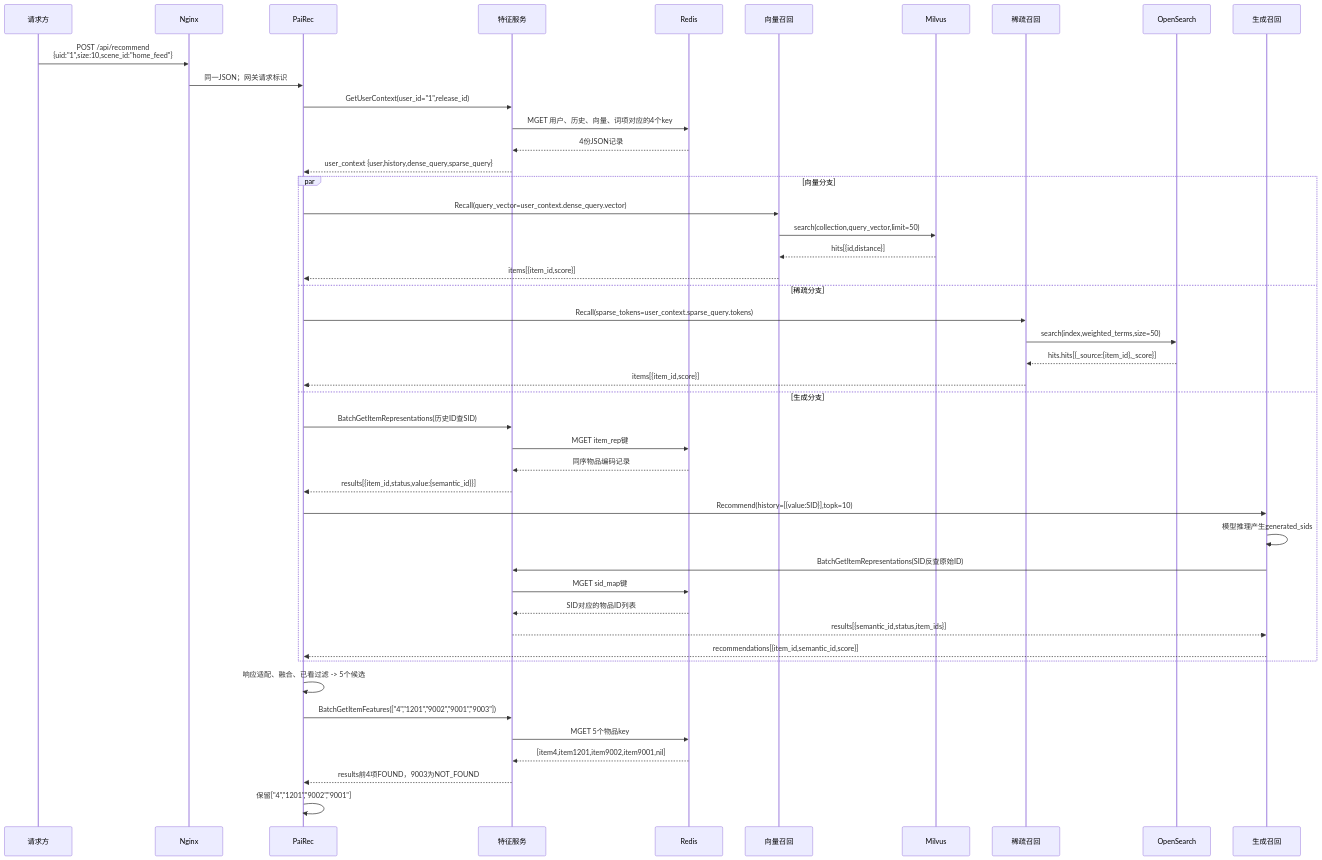
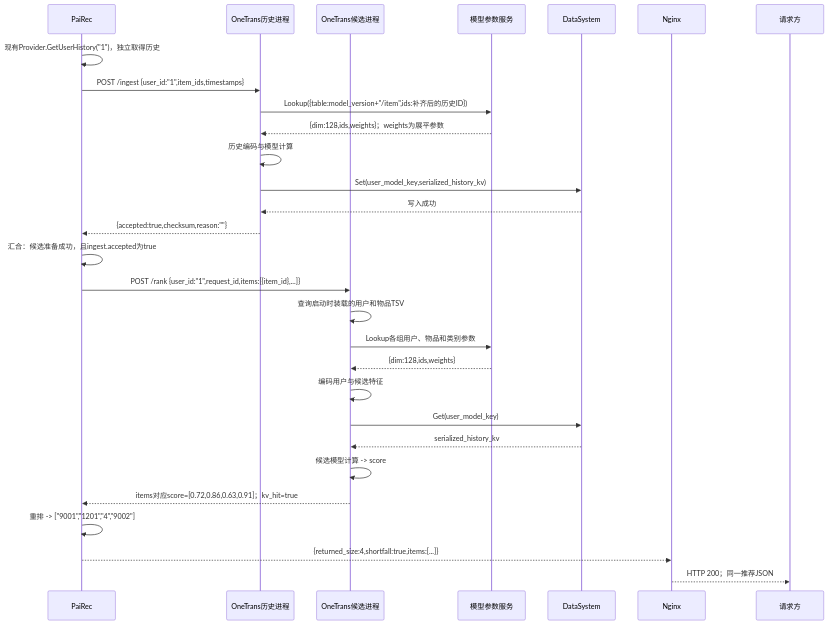
Before and after one commit to bitianyuan123/docs: the diagram in diagrams/01_system_08.mmd, drawn with Mermaid. The commit also changed 85 other files, not shown here.

```diff
--- a/diagrams/01_system_08.mmd
+++ b/diagrams/01_system_08.mmd
@@ -1,46 +1,29 @@
 sequenceDiagram
+    participant P as PaiRec
+    participant H as OneTrans历史进程
+    participant D as OneTrans候选进程
+    participant PS as 模型参数服务
+    participant K as DataSystem
+    participant N as Nginx
     participant U as 请求方
-    participant N as Nginx
-    participant P as PaiRec
-    participant F as 特征服务
-    participant R as Redis
-    participant V as 向量召回
-    participant M as Milvus
-    participant S as 稀疏召回
-    participant O as OpenSearch
-    participant G as 生成召回
-    U->>N: POST /api/recommend<br/>{uid:"1",size:10,scene_id:"home_feed"}
-    N->>P: 同一JSON；网关请求标识
-    P->>F: GetUserContext(user_id="1",release_id)
-    F->>R: MGET 用户、历史、向量、词项对应的4个key
-    R-->>F: 4份JSON记录
-    F-->>P: user_context {user,history,dense_query,sparse_query}
-    par 向量分支
-        P->>V: Recall(query_vector=user_context.dense_query.vector)
-        V->>M: search(collection,query_vector,limit=50)
-        M-->>V: hits[{id,distance}]
-        V-->>P: items[{item_id,score}]
-    and 稀疏分支
-        P->>S: Recall(sparse_tokens=user_context.sparse_query.tokens)
-        S->>O: search(index,weighted_terms,size=50)
-        O-->>S: hits.hits[{_source:{item_id},_score}]
-        S-->>P: items[{item_id,score}]
-    and 生成分支
-        P->>F: BatchGetItemRepresentations(历史ID查SID)
-        F->>R: MGET item_rep键
-        R-->>F: 同序物品编码记录
-        F-->>P: results[{item_id,status,value:{semantic_id}}]
-        P->>G: Recommend(history=[{value:SID}],topk=10)
-        G->>G: 模型推理产生generated_sids
-        G->>F: BatchGetItemRepresentations(SID反查原始ID)
-        F->>R: MGET sid_map键
-        R-->>F: SID对应的物品ID列表
-        F-->>G: results[{semantic_id,status,item_ids}]
-        G-->>P: recommendations[{item_id,semantic_id,score}]
-    end
-    P->>P: 响应适配、融合、已看过滤 -> 5个候选
-    P->>F: BatchGetItemFeatures(["4","1201","9002","9001","9003"])
-    F->>R: MGET 5个物品key
-    R-->>F: [item4,item1201,item9002,item9001,nil]
-    F-->>P: results前4项FOUND，9003为NOT_FOUND
-    P->>P: 保留["4","1201","9002","9001"]
+    P->>P: 现有Provider.GetUserHistory("1")，独立取得历史
+    P->>H: POST /ingest {user_id:"1",item_ids,timestamps}
+    H->>PS: Lookup({table:model_version+"/item",ids:补齐后的历史ID})
+    PS-->>H: {dim:128,ids,weights}；weights为展平参数
+    H->>H: 历史编码与模型计算
+    H->>K: Set(user_model_key,serialized_history_kv)
+    K-->>H: 写入成功
+    H-->>P: {accepted:true,checksum,reason:""}
+    P->>P: 汇合：候选准备成功，且ingest.accepted为true
+    P->>D: POST /rank {user_id:"1",request_id,items:[{item_id},...]}
+    D->>D: 查询启动时装载的用户和物品TSV
+    D->>PS: Lookup各组用户、物品和类别参数
+    PS-->>D: {dim:128,ids,weights}
+    D->>D: 编码用户与候选特征
+    D->>K: Get(user_model_key)
+    K-->>D: serialized_history_kv
+    D->>D: 候选模型计算 -> score
+    D-->>P: items对应score=[0.72,0.86,0.63,0.91]；kv_hit=true
+    P->>P: 重排 -> ["9001","1201","4","9002"]
+    P-->>N: {returned_size:4,shortfall:true,items:[...]}
+    N-->>U: HTTP 200；同一推荐JSON
```
